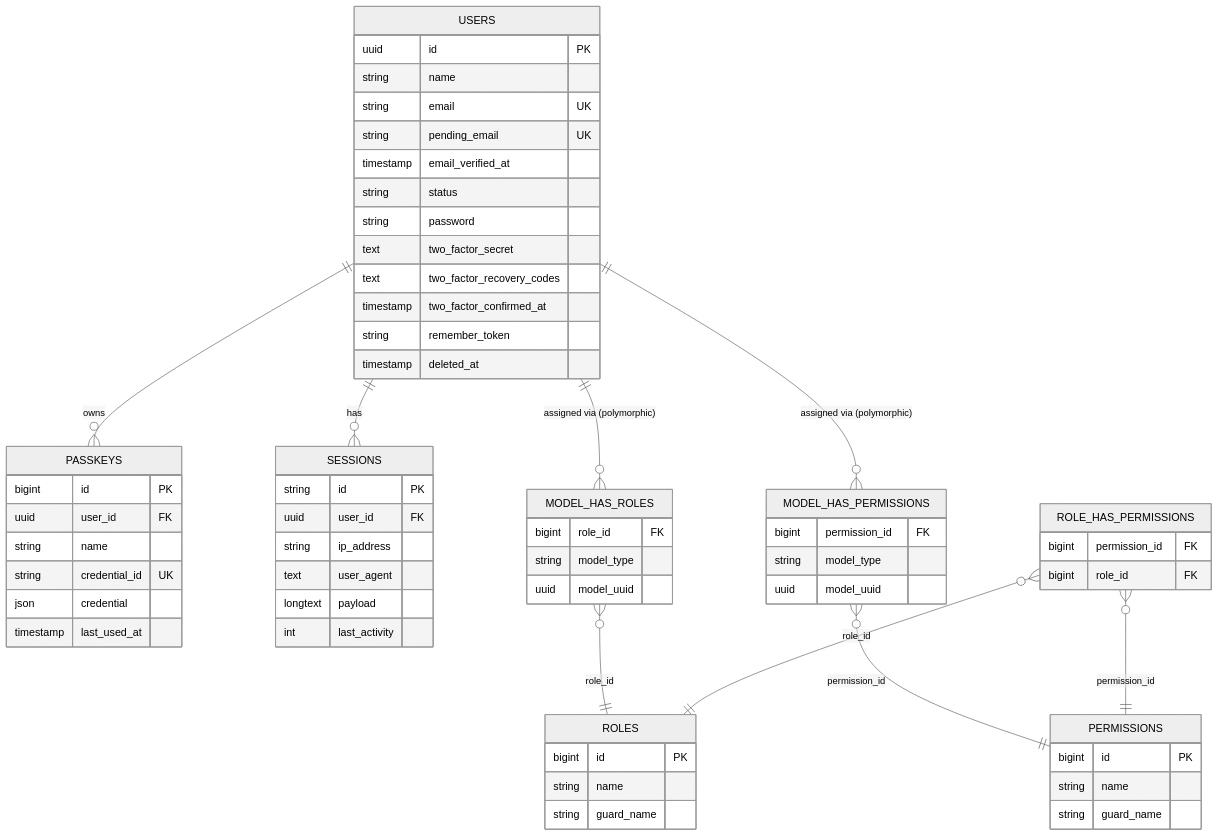
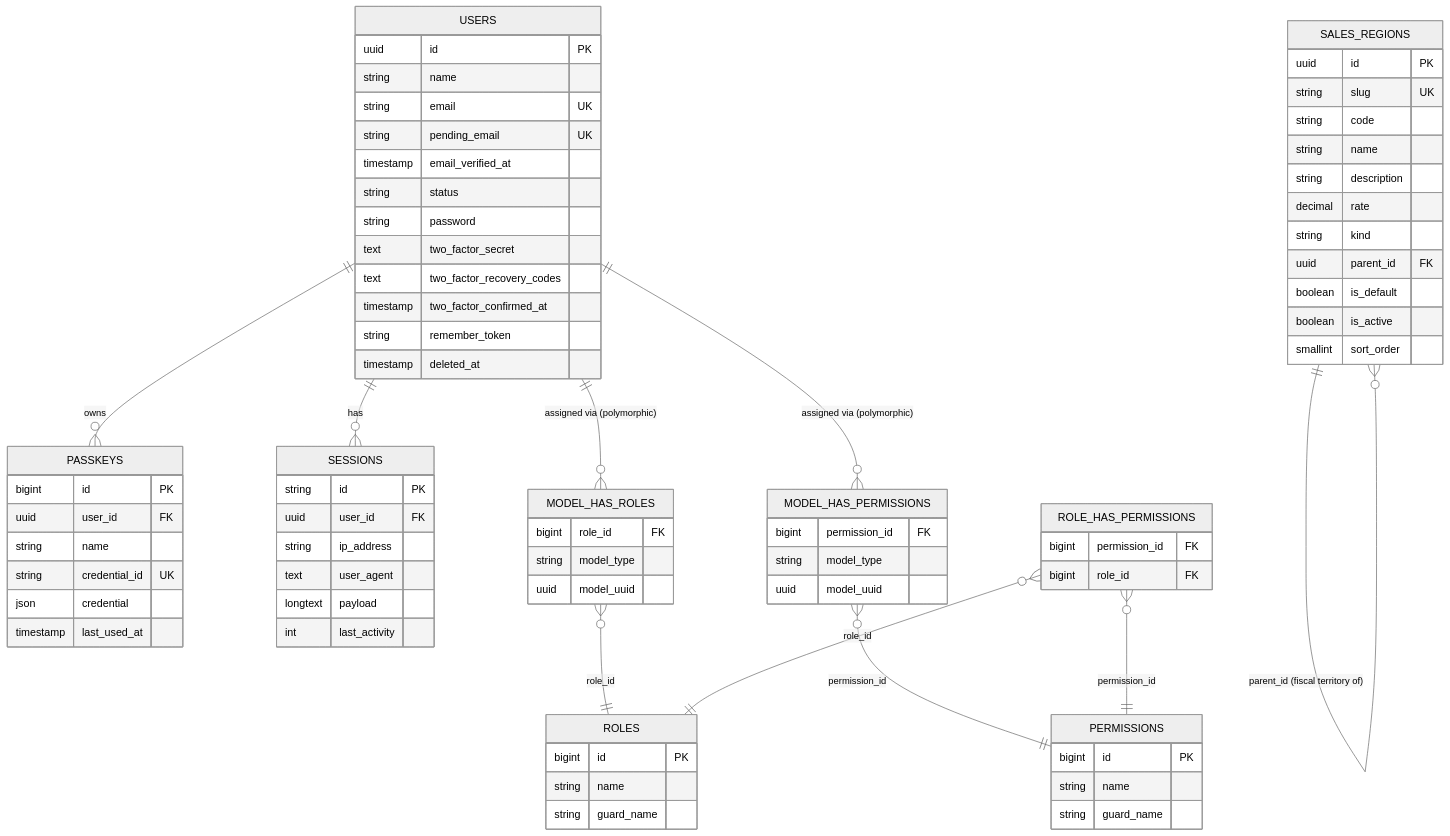
The diagram in arospe/docs/database/schema.md (LIDR-academy/AI4Devs-finalproject), drawn with Mermaid (neutral theme) before and after one commit. The commit also changed other lines of this file and 6 other files, not shown here.

````diff
--- a/arospe/docs/database/schema.md
+++ b/arospe/docs/database/schema.md
@@ -14,66 +14,80 @@
 ```mermaid
 erDiagram
     USERS ||--o{ PASSKEYS : owns
     USERS ||--o{ SESSIONS : has
     USERS ||--o{ MODEL_HAS_ROLES : "assigned via (polymorphic)"
     USERS ||--o{ MODEL_HAS_PERMISSIONS : "assigned via (polymorphic)"
     MODEL_HAS_ROLES }o--|| ROLES : role_id
     MODEL_HAS_PERMISSIONS }o--|| PERMISSIONS : permission_id
     ROLE_HAS_PERMISSIONS }o--|| ROLES : role_id
     ROLE_HAS_PERMISSIONS }o--|| PERMISSIONS : permission_id
+    SALES_REGIONS ||--o{ SALES_REGIONS : "parent_id (fiscal territory of)"
 
     USERS {
         uuid id PK
         string name
         string email UK
         string pending_email UK
         timestamp email_verified_at
         string status
         string password
         text two_factor_secret
         text two_factor_recovery_codes
         timestamp two_factor_confirmed_at
         string remember_token
         timestamp deleted_at
     }
     PASSKEYS {
         bigint id PK
         uuid user_id FK
         string name
         string credential_id UK
         json credential
         timestamp last_used_at
     }
     SESSIONS {
         string id PK
         uuid user_id FK
         string ip_address
         text user_agent
         longtext payload
         int last_activity
     }
     ROLES {
         bigint id PK
         string name
         string guard_name
     }
     PERMISSIONS {
         bigint id PK
         string name
         string guard_name
     }
     MODEL_HAS_ROLES {
         bigint role_id FK
         string model_type
         uuid model_uuid
     }
     MODEL_HAS_PERMISSIONS {
         bigint permission_id FK
         string model_type
         uuid model_uuid
     }
     ROLE_HAS_PERMISSIONS {
         bigint permission_id FK
         bigint role_id FK
     }
+    SALES_REGIONS {
+        uuid id PK
+        string slug UK
+        string code
+        string name
+        string description
+        decimal rate
+        string kind
+        uuid parent_id FK
+        boolean is_default
+        boolean is_active
+        smallint sort_order
+    }
 ```
````
